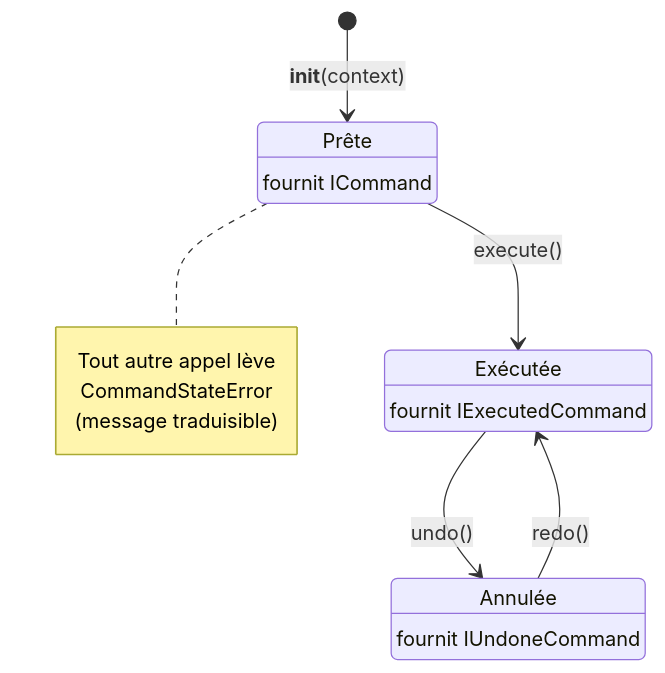
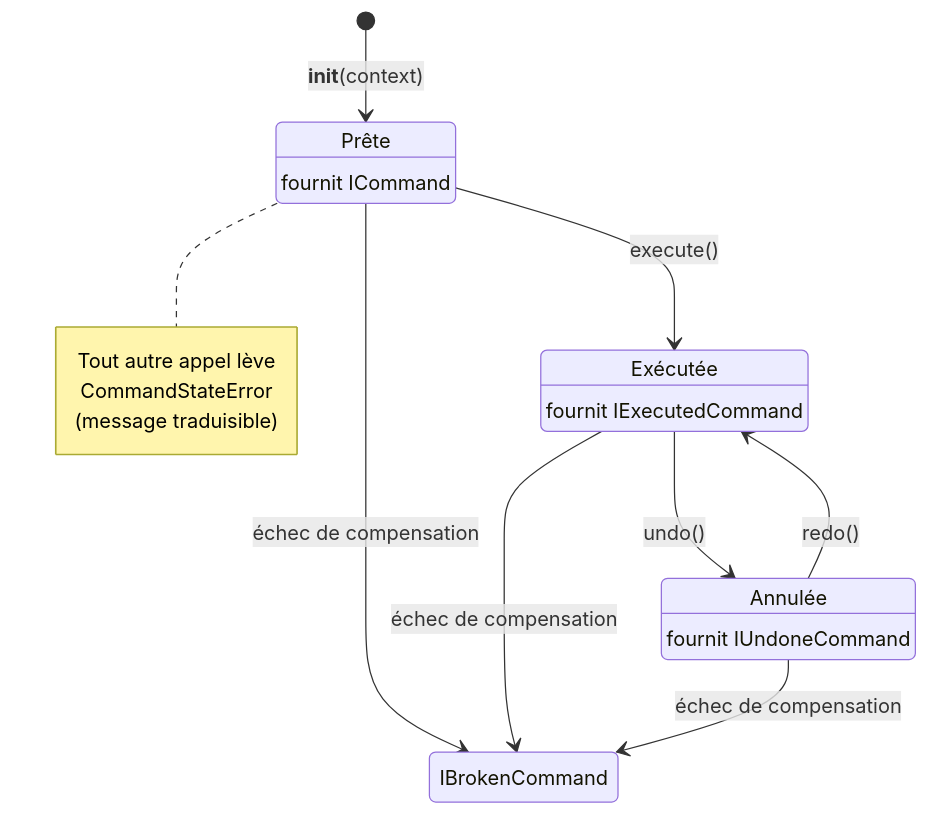
One commit to michaellaunay/komandaro changed the third of 9 diagrams in docs/fr/architecture.md. Above: the diagram before and after it, drawn with Mermaid. The commit also changed other lines of this file and 18 other files, not shown here.

````diff
--- a/docs/fr/architecture.md
+++ b/docs/fr/architecture.md
@@ -186,18 +192,22 @@
 ```mermaid
 stateDiagram-v2
     state "Prête" as Ready
     state "Exécutée" as Executed
     state "Annulée" as Undone
     [*] --> Ready : __init__(context)
     Ready --> Executed : execute()
     Executed --> Undone : undo()
     Undone --> Executed : redo()
     Ready : fournit ICommand
     Executed : fournit IExecutedCommand
     Undone : fournit IUndoneCommand
+    Ready --> Broken : échec de compensation
+    Executed --> Broken : échec de compensation
+    Undone --> Broken : échec de compensation
+    Broken : IBrokenCommand
     note right of Ready
         Tout autre appel lève
         CommandStateError
         (message traduisible)
     end note
 ```
````
